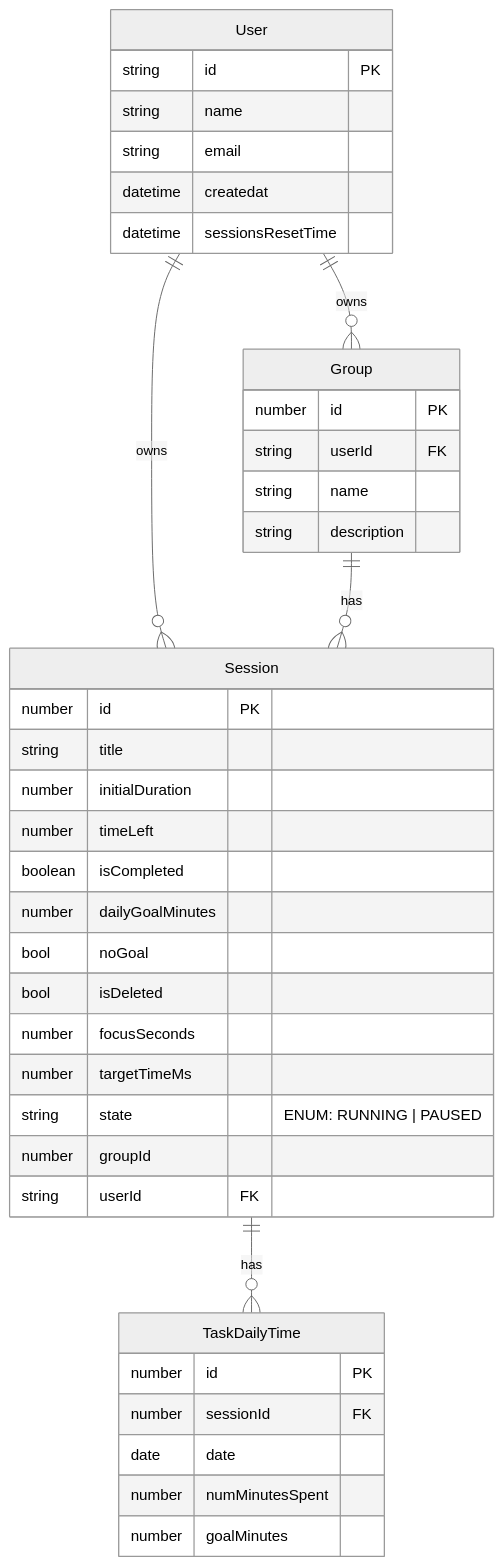
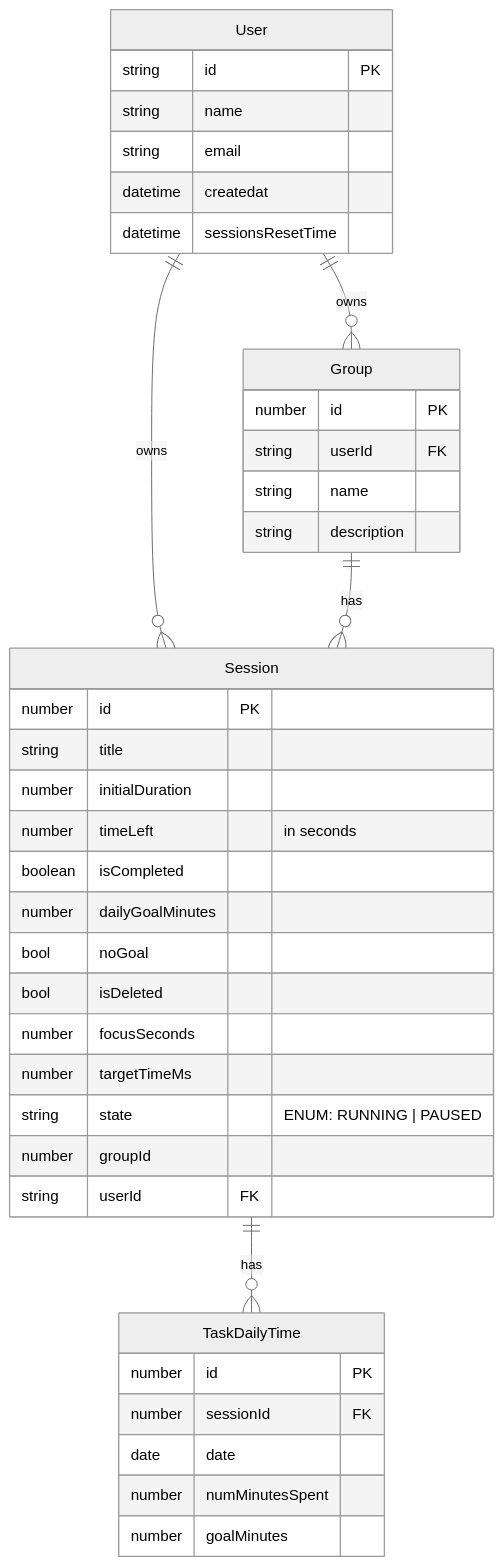
The first of 2 diagrams in backend/design.md (SheoranRavi/focus-flow), drawn with Mermaid (neutral theme) before and after one commit. The commit also changed 11 other files, not shown here.

````diff
--- a/backend/design.md
+++ b/backend/design.md
@@ -17,50 +17,50 @@
 ```mermaid
 ---
 Title: DB Schema
 ---
 erDiagram
 Session {
     number id PK
     string title
     number initialDuration
-    number timeLeft
+    number timeLeft "in seconds"
     boolean isCompleted
     number dailyGoalMinutes
     bool noGoal
     bool isDeleted
     number focusSeconds
     number targetTimeMs
     string state "ENUM: RUNNING | PAUSED"
     number groupId
     string userId FK
 }
 
 Group {
   number id PK
   string userId FK
   string name
   string description
 }
 
 User {
     string id PK
     string name
     string email
     datetime createdat
     datetime sessionsResetTime
 }
 
 TaskDailyTime {
     number id PK
     number sessionId FK
     date date
     number numMinutesSpent
     number goalMinutes
 }
 
 User ||--o{ Session : owns
 Session ||--o{ TaskDailyTime : has
 User ||--o{ Group : owns
 Group ||--o{ Session : has
 
 ```
````
